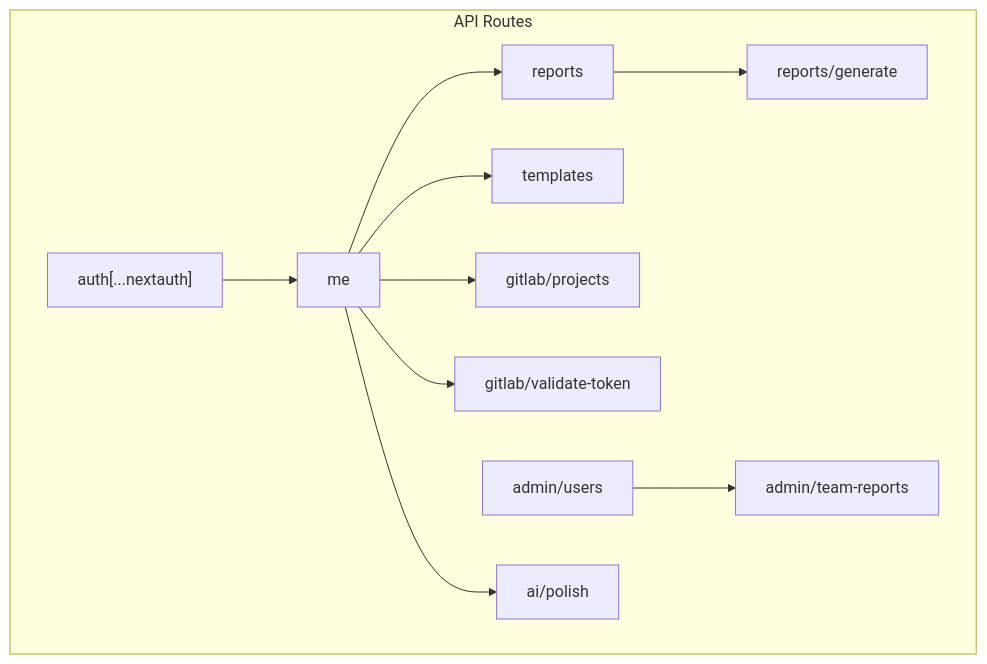
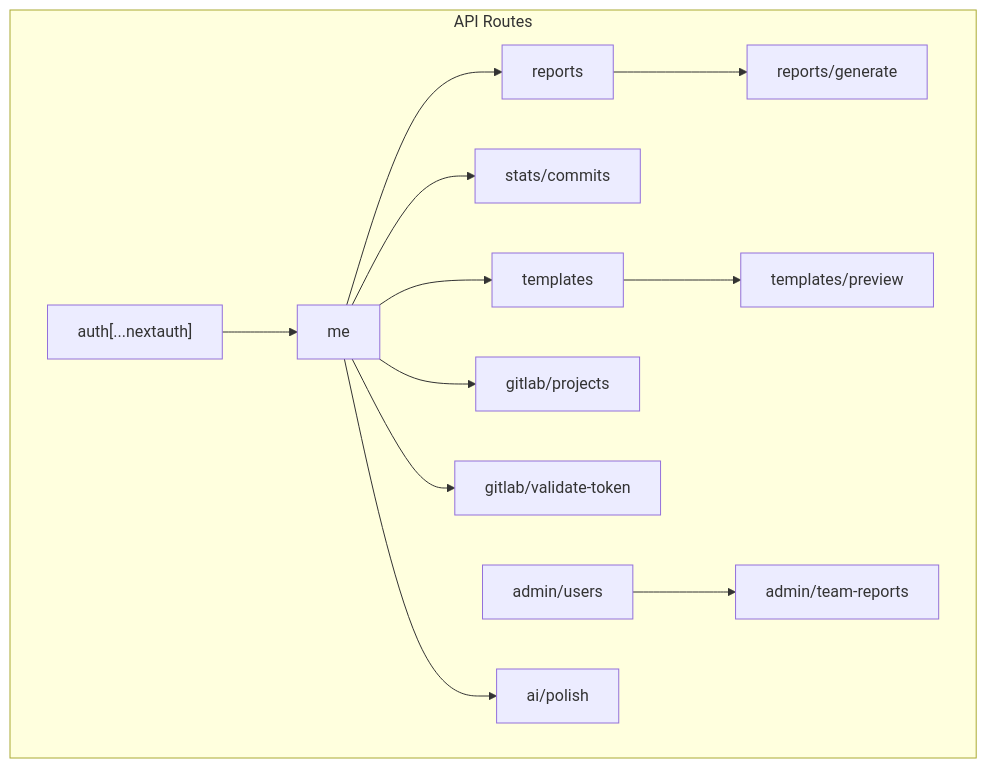
The first of 3 diagrams in .qoder/repowiki/en/content/API Reference/API Reference.md (jrj444/git-daily), drawn with Mermaid before and after one commit. The commit also changed other lines of this file and 26 other files, not shown here.

````diff
--- a/.qoder/repowiki/en/content/API Reference/API Reference.md
+++ b/.qoder/repowiki/en/content/API Reference/API Reference.md
@@ -45,23 +60,27 @@
 ```mermaid
 graph TB
 subgraph "API Routes"
 AUTH["auth[...nextauth]"]
 ME["me"]
 REPORTS["reports"]
 REPORTS_GEN["reports/generate"]
+STATS_COMMITS["stats/commits"]
 TEMPLATES["templates"]
+TEMPLATES_PREVIEW["templates/preview"]
 GITLAB_PROJ["gitlab/projects"]
 GITLAB_VALIDATE["gitlab/validate-token"]
 ADMIN_USERS["admin/users"]
 ADMIN_TEAM["admin/team-reports"]
 AI_POLISH["ai/polish"]
 end
 AUTH --> ME
 ME --> REPORTS
 REPORTS --> REPORTS_GEN
+ME --> STATS_COMMITS
 ME --> TEMPLATES
+TEMPLATES --> TEMPLATES_PREVIEW
 ME --> GITLAB_PROJ
 ME --> GITLAB_VALIDATE
 ADMIN_USERS --> ADMIN_TEAM
 ME --> AI_POLISH
 ```
````
